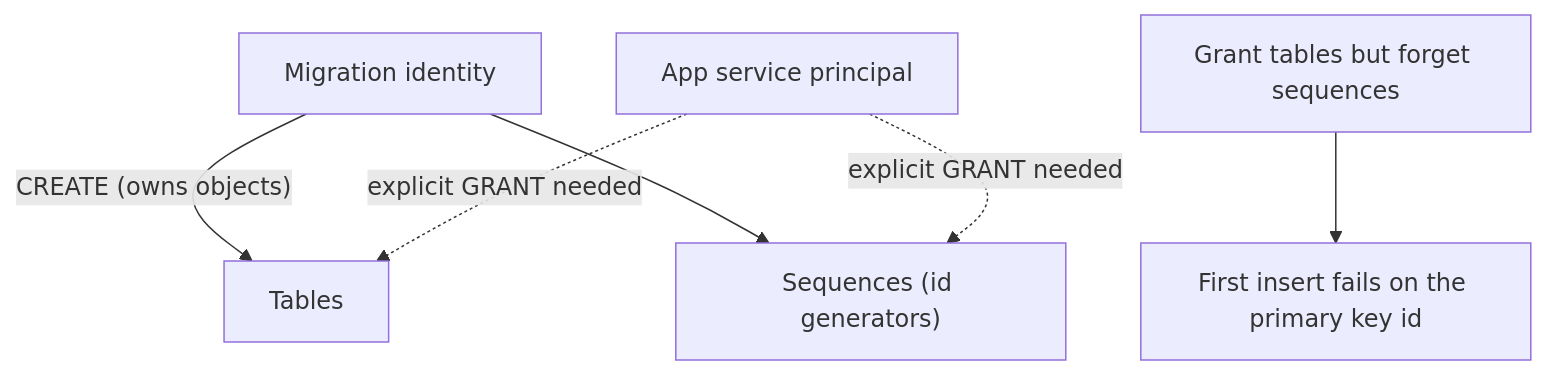
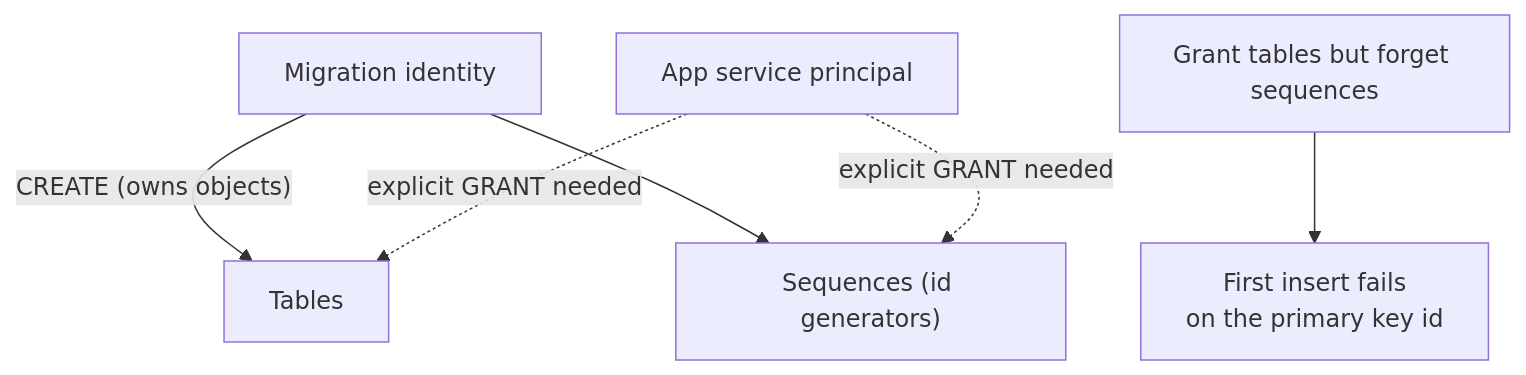
One commit to MihirUpasani/MihirUpasani.github.io changed the fifth of 10 diagrams in src/content/blog/pushing-the-limits-of-databricks-apps.md. Above: the diagram before and after it, drawn with Mermaid. The commit also changed other lines of this file and 2 other files, not shown here.

````diff
--- a/src/content/blog/pushing-the-limits-of-databricks-apps.md
+++ b/src/content/blog/pushing-the-limits-of-databricks-apps.md
@@ -227,8 +229,8 @@
 ```mermaid
 flowchart TB
     Mig["Migration identity"] -->|"CREATE (owns objects)"| Tables["Tables"]
     Mig --> Seqs["Sequences (id generators)"]
     App["App service principal"] -.->|"explicit GRANT needed"| Tables
     App -.->|"explicit GRANT needed"| Seqs
-    Miss["Grant tables but forget sequences"] --> Fail["First insert fails on the primary key id"]
+    Miss["Grant tables but forget sequences"] --> Fail["First insert fails<br/>on the primary key id"]
 ```
````
